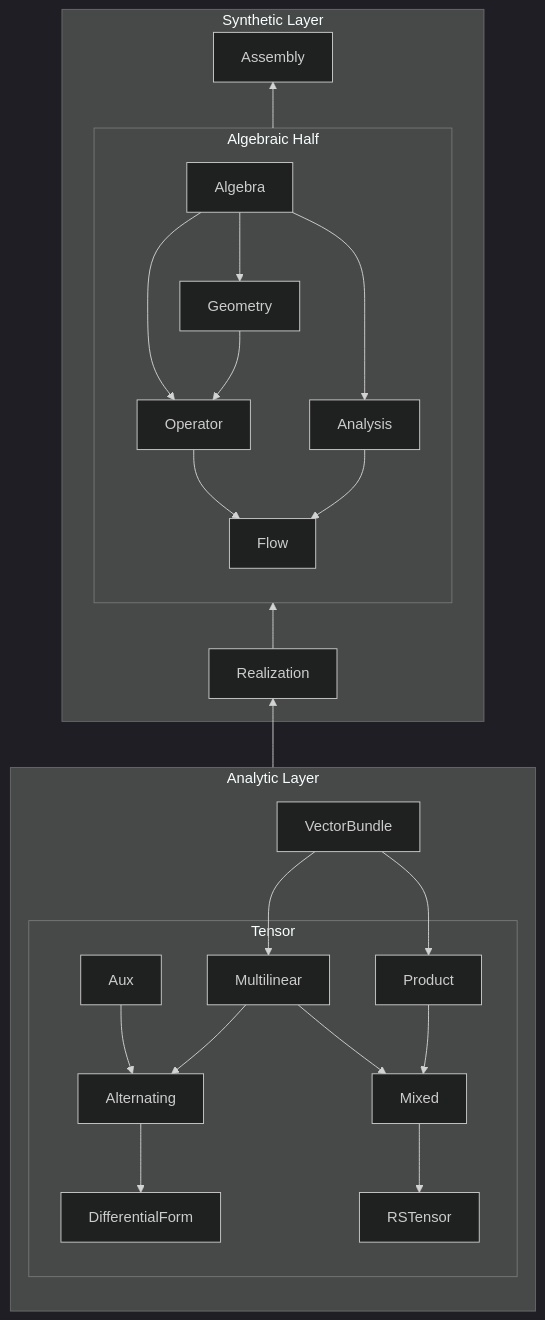
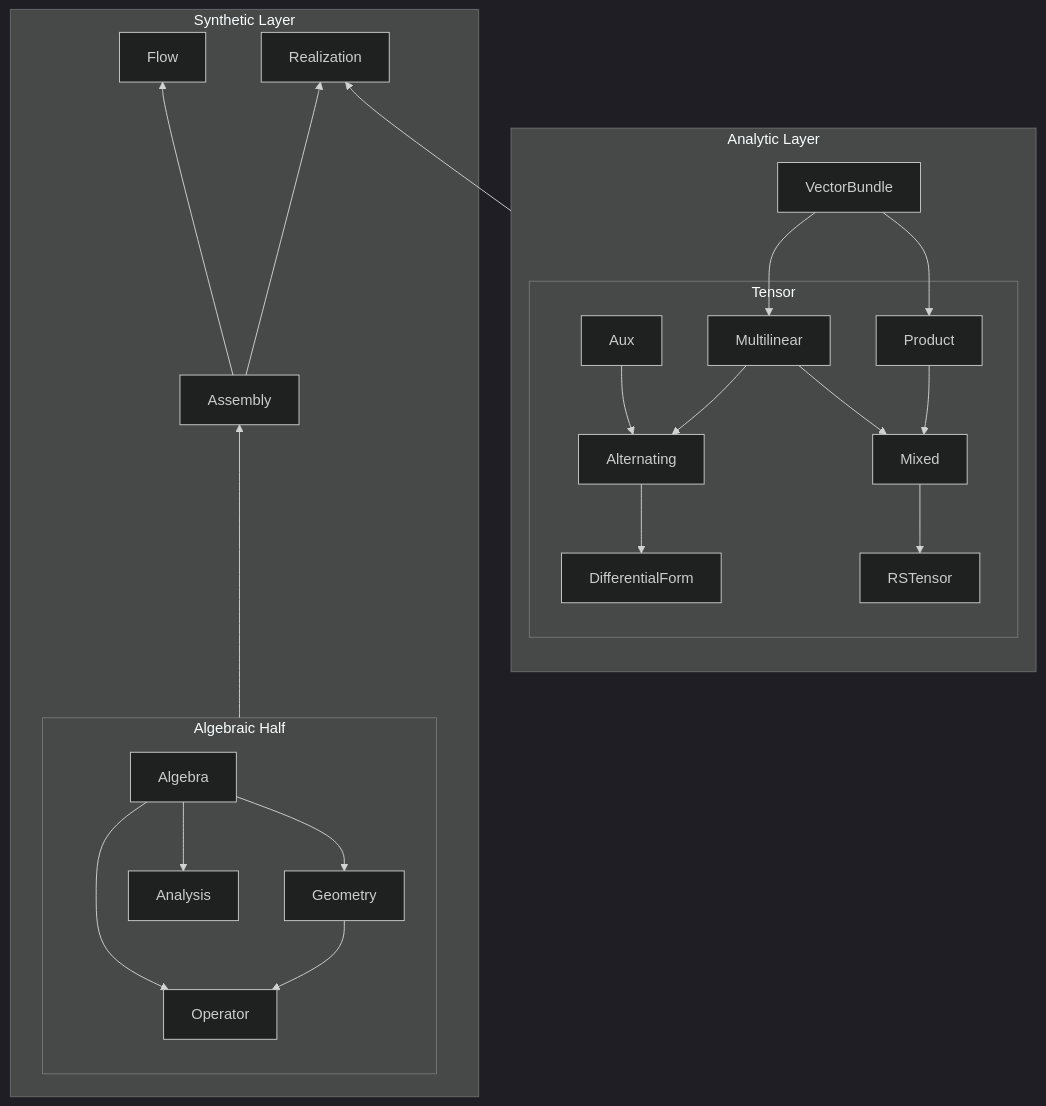
The diagram in README.md (liao9yuan/differential-geometry), drawn with Mermaid (dark theme) before and after one commit. The commit also changed 1 other file, not shown here.

Commit message:
update mermaid graph

````diff
--- a/README.md
+++ b/README.md
@@ -7,51 +7,51 @@
 ```mermaid
 flowchart BT
     subgraph AnalyticLayer [Analytic Layer]
         DirVB[VectorBundle]
 
         subgraph Tensor [Tensor]
             DirAux[Aux]
             DirMultilinear[Multilinear]
             DirProduct[Product]
             DirMixed[Mixed]
             DirAlt[Alternating]
             DirDiffForm[DifferentialForm]
             DirRSB[RSTensor]
 
             DirAux --> DirAlt
             DirMultilinear --> DirAlt
             DirMultilinear --> DirMixed
             DirProduct --> DirMixed
             DirAlt --> DirDiffForm
             DirMixed --> DirRSB
         end
 
         DirVB --> DirMultilinear
         DirVB --> DirProduct
     end
 
     subgraph SyntheticLayer [Synthetic Layer]
         subgraph AlgHalf ["Algebraic Half"]
             DirAlg[Algebra]
             DirGeom[Geometry]
             DirOp[Operator]
             DirAna[Analysis]
-            DirFlow[Flow]
 
             DirAlg --> DirGeom
             DirAlg --> DirOp
             DirGeom --> DirOp
             DirAlg --> DirAna
-            DirOp --> DirFlow
-            DirAna --> DirFlow
         end
 
         DirAsm[Assembly]
         AlgHalf --> DirAsm
 
+        DirFlow[Flow]
+        DirAsm --> DirFlow
+
         DirReal[Realization]
+        DirAsm --> DirReal
     end
 
     AnalyticLayer --> DirReal
-    DirReal --> AlgHalf
 ```
````
